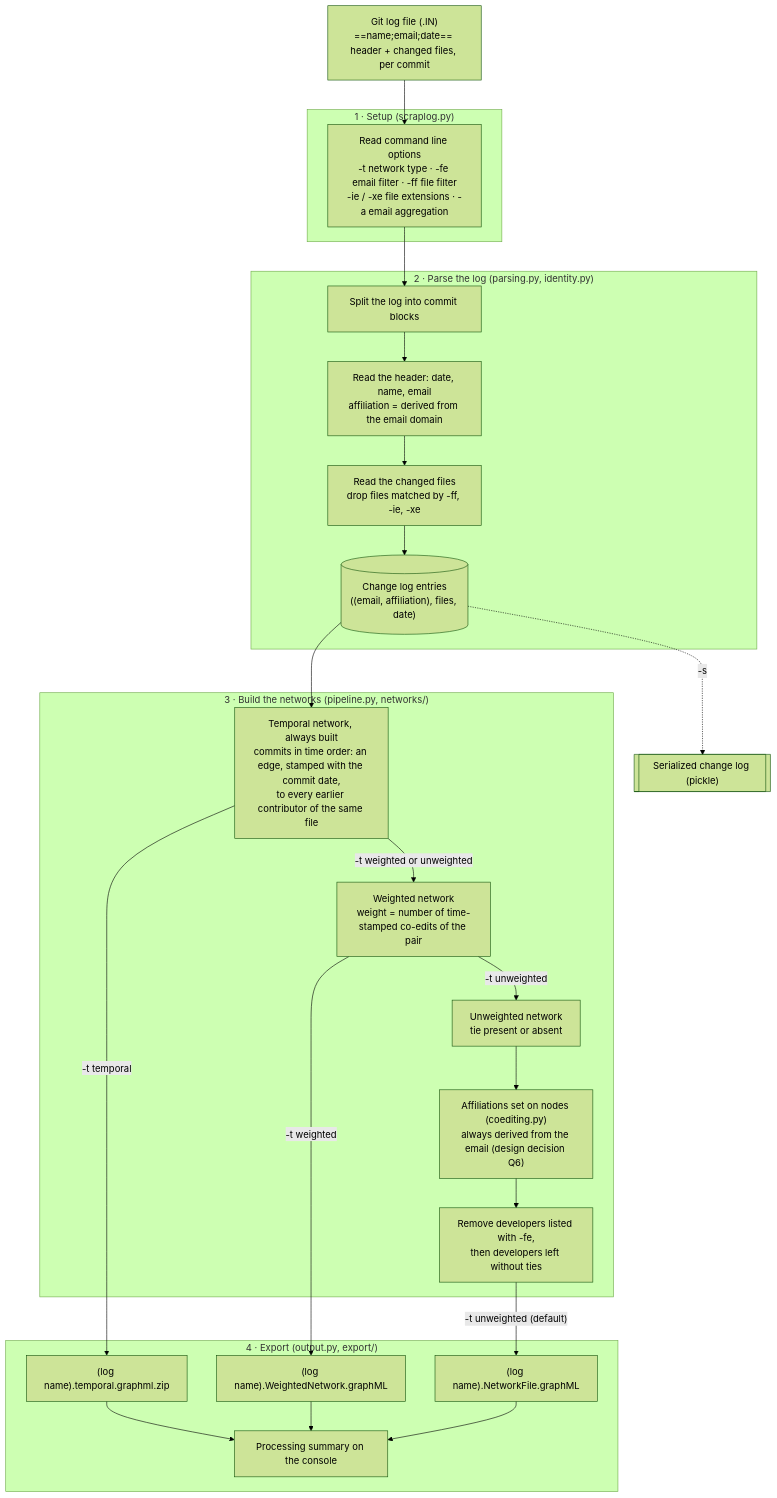
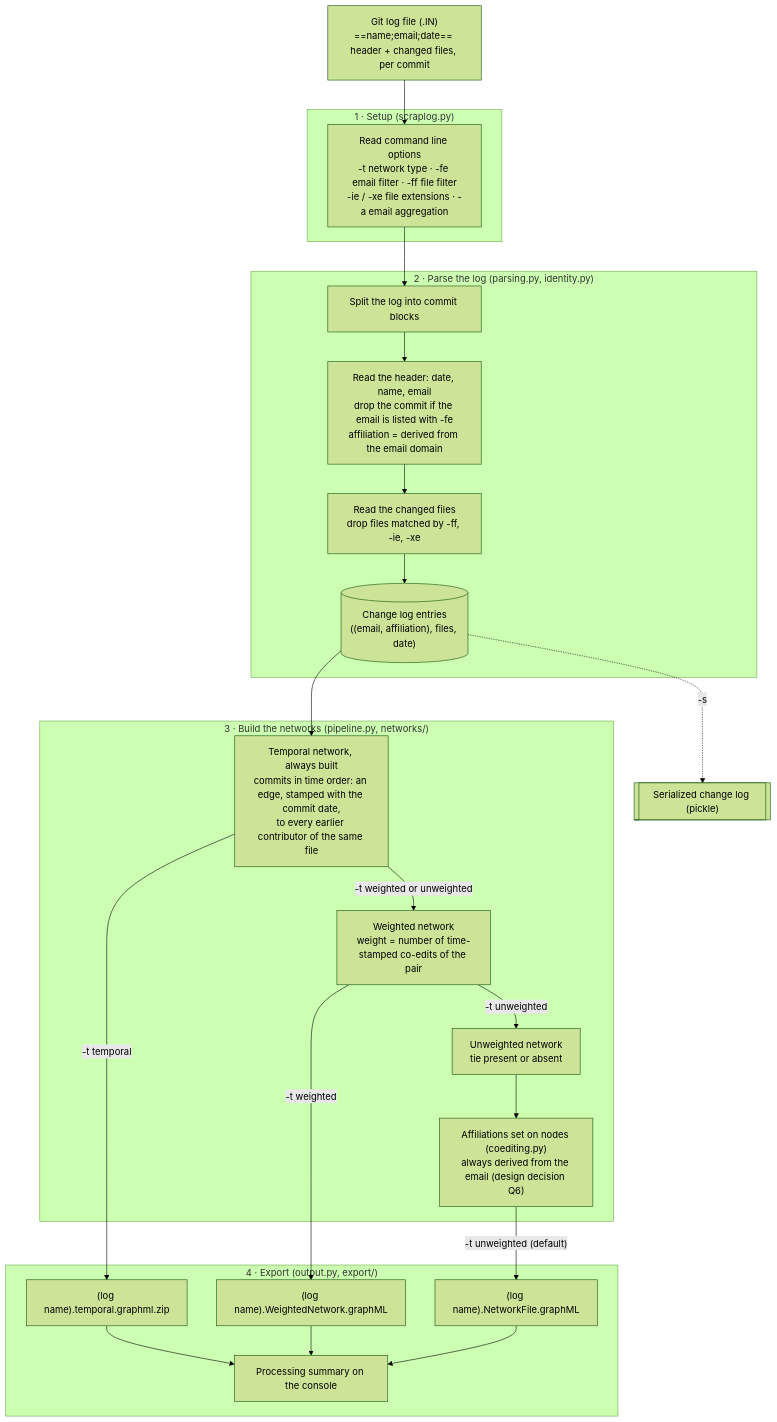
The diagram in README.md (jaateixeira/ScrapLogGit2Net), drawn with Mermaid (forest theme) before and after one commit. The commit also changed other lines of this file and 5 other files, not shown here.

````diff
--- a/README.md
+++ b/README.md
@@ -95,42 +95,41 @@
 ```mermaid
 flowchart TD
     IN["Git log file (.IN)<br/>==name;email;date== header + changed files, per commit"]
 
     subgraph S1 ["1 · Setup (scraplog.py)"]
         ARGS["Read command line options<br/>-t network type · -fe email filter · -ff file filter<br/>-ie / -xe file extensions · -a email aggregation"]
     end
 
     subgraph S2 ["2 · Parse the log (parsing.py, identity.py)"]
         BLOCKS["Split the log into commit blocks"]
-        HEADER["Read the header: date, name, email<br/>affiliation = derived from the email domain"]
+        HEADER["Read the header: date, name, email<br/>drop the commit if the email is listed with -fe<br/>affiliation = derived from the email domain"]
         FILES["Read the changed files<br/>drop files matched by -ff, -ie, -xe"]
         ENTRIES[("Change log entries<br/>((email, affiliation), files, date)")]
         BLOCKS --> HEADER --> FILES --> ENTRIES
     end
 
     subgraph S3 ["3 · Build the networks (pipeline.py, networks/)"]
         TEMPORAL["Temporal network, always built<br/>commits in time order: an edge, stamped with the commit date,<br/>to every earlier contributor of the same file"]
         WEIGHTED["Weighted network<br/>weight = number of time-stamped co-edits of the pair"]
         UNWEIGHTED["Unweighted network<br/>tie present or absent"]
         AFFIL["Affiliations set on nodes (coediting.py)<br/>always derived from the email (design decision Q6)"]
-        EFILTER["Remove developers listed with -fe,<br/>then developers left without ties"]
         TEMPORAL -- "-t weighted or unweighted" --> WEIGHTED
         WEIGHTED -- "-t unweighted" --> UNWEIGHTED
-        UNWEIGHTED --> AFFIL --> EFILTER
+        UNWEIGHTED --> AFFIL
     end
 
     subgraph S4 ["4 · Export (output.py, export/)"]
         OT["(log name).temporal.graphml.zip"]
         OW["(log name).WeightedNetwork.graphML"]
         OU["(log name).NetworkFile.graphML"]
         SUMMARY["Processing summary on the console"]
     end
 
     IN --> ARGS --> BLOCKS
     ENTRIES --> TEMPORAL
     ENTRIES -. "-s" .-> SAVED[["Serialized change log (pickle)"]]
     TEMPORAL -- "-t temporal" --> OT
     WEIGHTED -- "-t weighted" --> OW
-    EFILTER -- "-t unweighted (default)" --> OU
+    AFFIL -- "-t unweighted (default)" --> OU
     OT & OW & OU --> SUMMARY
 ```
````
